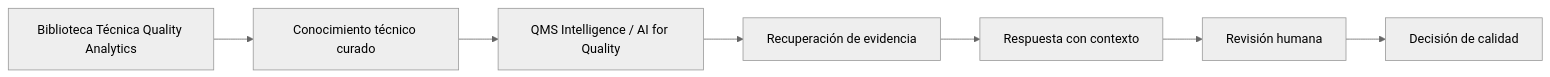
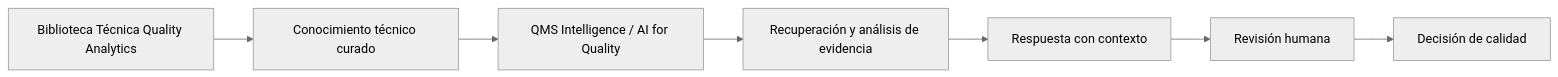
Before and after one commit to fjgonzalezmgt/QMS-Intelligence-AI-for-Quality: the first of 2 diagrams in README.md, drawn with Mermaid (neutral theme). The commit also changed other lines of this file, not shown here.

````diff
--- a/README.md
+++ b/README.md
@@ -13,9 +13,9 @@
 ```mermaid
 flowchart LR
     A[Biblioteca Técnica Quality Analytics] --> B[Conocimiento técnico curado]
     B --> C[QMS Intelligence / AI for Quality]
-    C --> D[Recuperación de evidencia]
+    C --> D[Recuperación y análisis de evidencia]
     D --> E[Respuesta con contexto]
     E --> F[Revisión humana]
     F --> G[Decisión de calidad]
 ```
````
